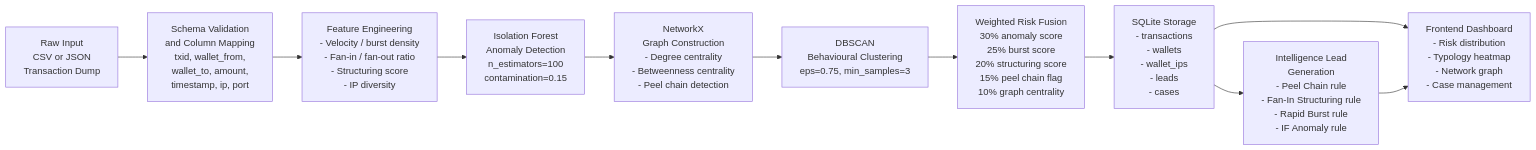
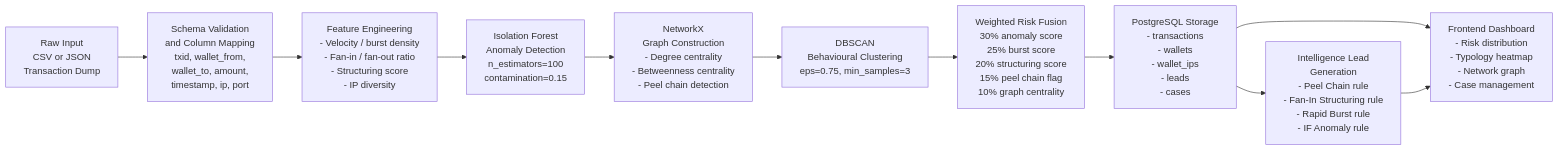
The second of 8 diagrams in README.md (bbhavya34/SIH-26146-BitTace), drawn with Mermaid before and after one commit. The commit also changed other lines of this file and 7 other files, not shown here.

Commit message:
Migrate persistence to PostgreSQL

````diff
--- a/README.md
+++ b/README.md
@@ -100,18 +100,18 @@
 ```mermaid
 flowchart LR
     RAW["Raw Input\nCSV or JSON\nTransaction Dump"]
     VALIDATE["Schema Validation\nand Column Mapping\ntxid, wallet_from,\nwallet_to, amount,\ntimestamp, ip, port"]
     FEAT["Feature Engineering\n- Velocity / burst density\n- Fan-in / fan-out ratio\n- Structuring score\n- IP diversity"]
     ISO["Isolation Forest\nAnomaly Detection\nn_estimators=100\ncontamination=0.15"]
     NX["NetworkX\nGraph Construction\n- Degree centrality\n- Betweenness centrality\n- Peel chain detection"]
     DBSCAN_N["DBSCAN\nBehavioural Clustering\neps=0.75, min_samples=3"]
     RISK["Weighted Risk Fusion\n30% anomaly score\n25% burst score\n20% structuring score\n15% peel chain flag\n10% graph centrality"]
-    STORE["SQLite Storage\n- transactions\n- wallets\n- wallet_ips\n- leads\n- cases"]
+    STORE["PostgreSQL Storage\n- transactions\n- wallets\n- wallet_ips\n- leads\n- cases"]
     LEADS["Intelligence Lead\nGeneration\n- Peel Chain rule\n- Fan-In Structuring rule\n- Rapid Burst rule\n- IF Anomaly rule"]
     UI["Frontend Dashboard\n- Risk distribution\n- Typology heatmap\n- Network graph\n- Case management"]
 
     RAW --> VALIDATE --> FEAT --> ISO --> NX --> DBSCAN_N --> RISK --> STORE
     STORE --> LEADS
     STORE --> UI
     LEADS --> UI
 ```
````
